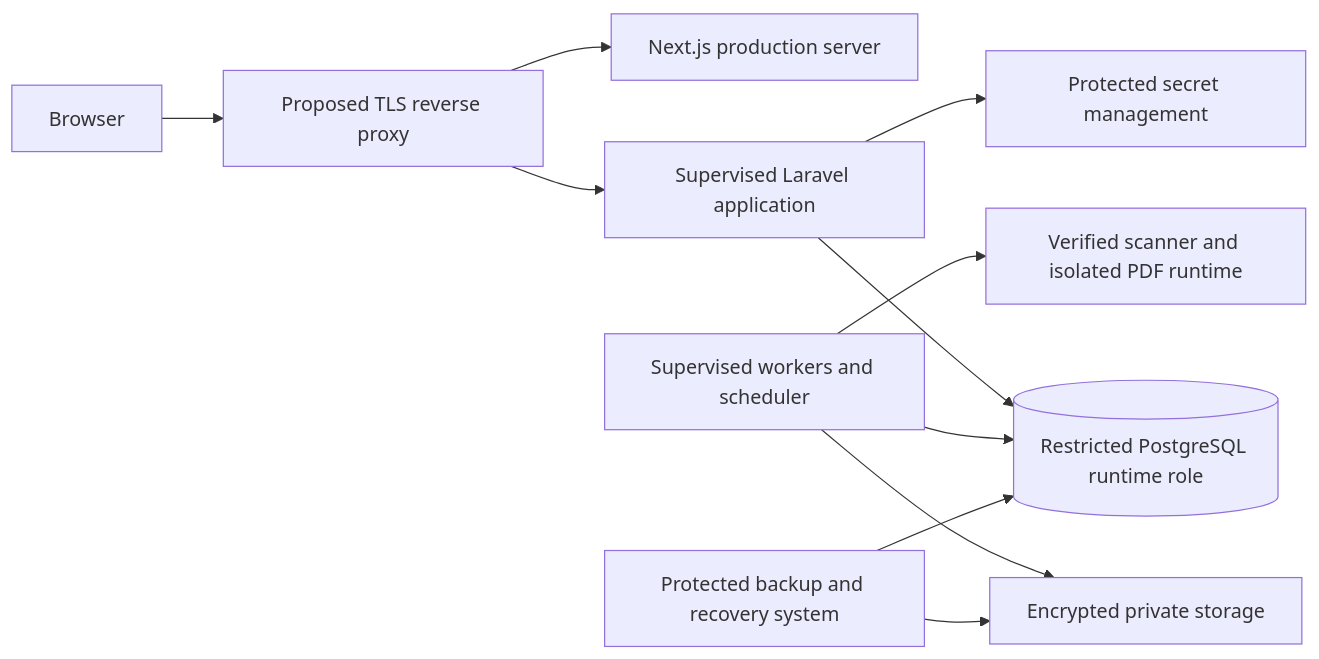
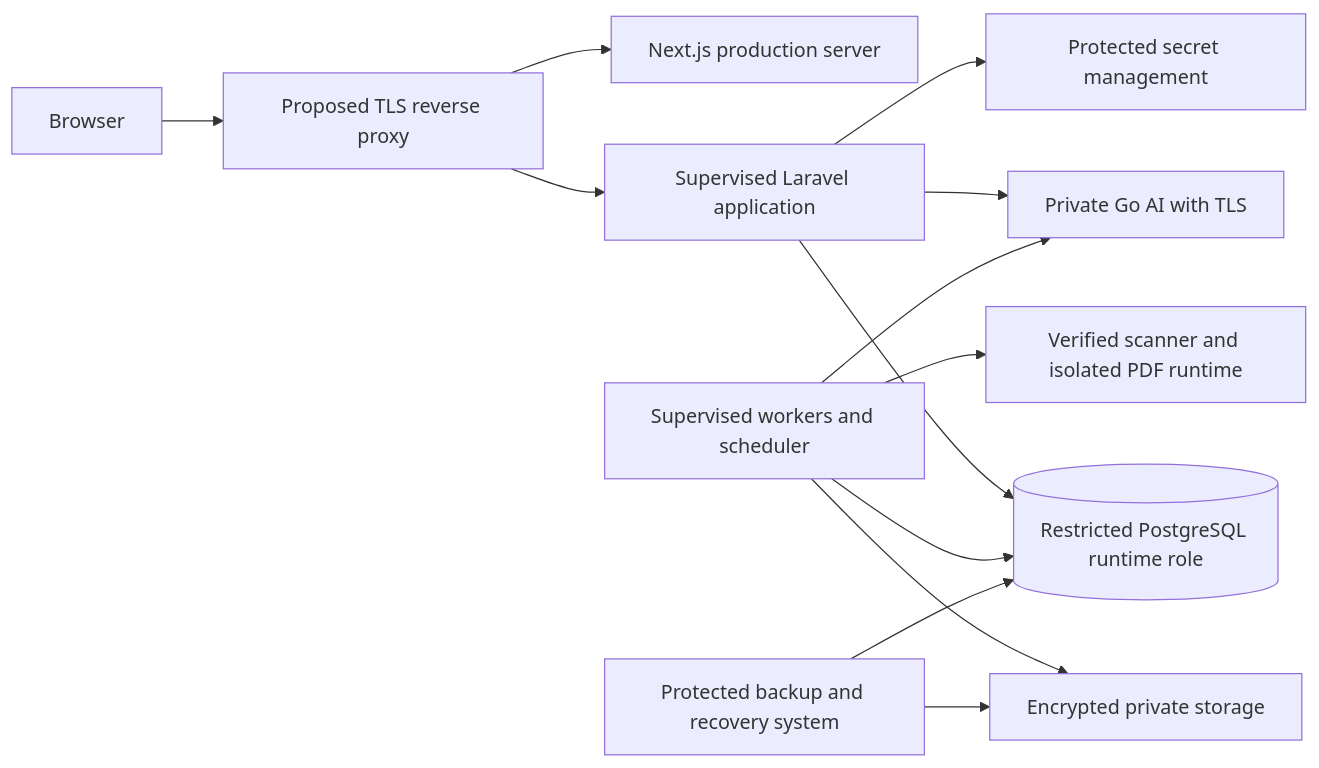
One commit to AahilSomethin/FlowMV changed the second of 2 diagrams in docs/diagrams/deployment-topology.md. Above: the diagram before and after it, drawn with Mermaid. The commit also changed other lines of this file and 61 other files, not shown here.

````diff
--- a/docs/diagrams/deployment-topology.md
+++ b/docs/diagrams/deployment-topology.md
@@ -36,13 +41,15 @@
 ```mermaid
 flowchart LR
   User[Browser] --> TLS[Proposed TLS reverse proxy]
   TLS --> Next[Next.js production server]
   TLS --> Laravel[Supervised Laravel application]
   Laravel --> DB[(Restricted PostgreSQL runtime role)]
   Laravel --> Secrets[Protected secret management]
+  Laravel --> GoProd[Private Go AI with TLS]
   Workers[Supervised workers and scheduler] --> DB
   Workers --> Private[Encrypted private storage]
+  Workers --> GoProd
   Workers --> Scanner[Verified scanner and isolated PDF runtime]
   Backup[Protected backup and recovery system] --> DB
   Backup --> Private
 ```
````
